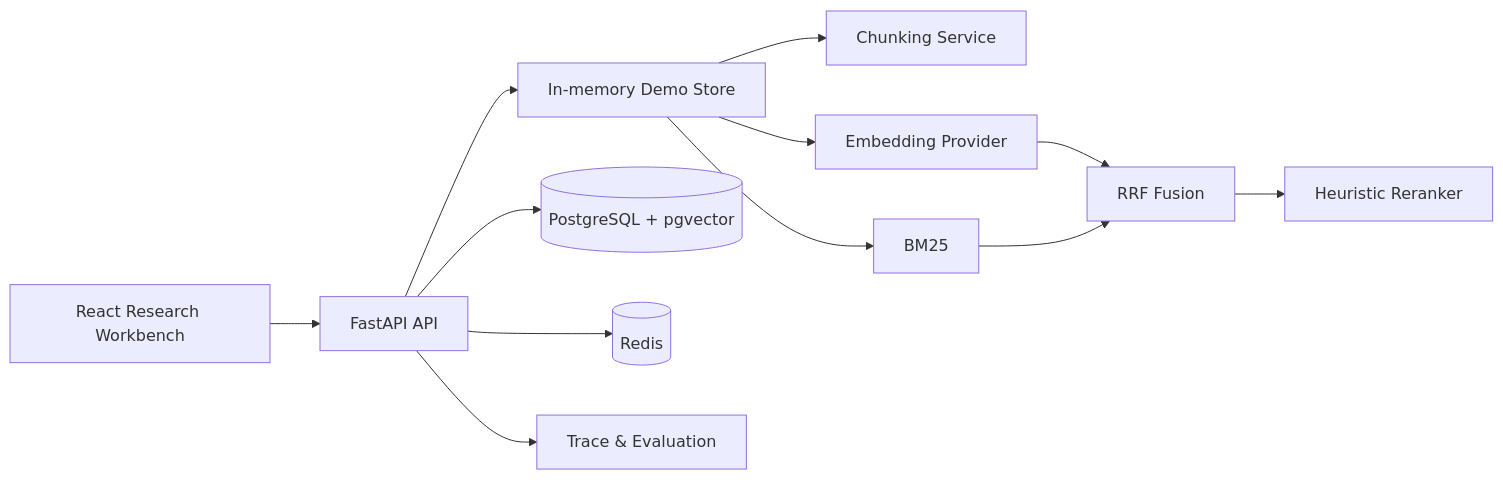
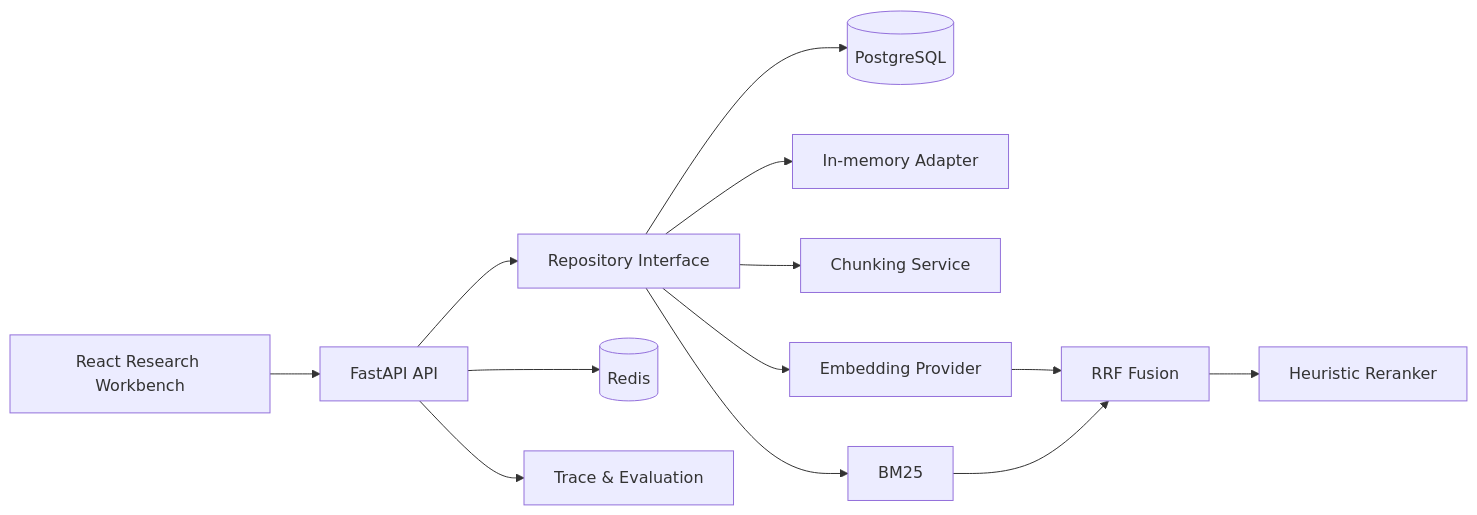
One commit to quanzhan-zzz/policy-rag-studio changed the diagram in README.md. Above: the diagram before and after it, drawn with Mermaid. The commit also changed other lines of this file and 21 other files, not shown here.

Commit message:
feat(api): 持久化文档 Chunk 与 Trace

````diff
--- a/README.md
+++ b/README.md
@@ -75,14 +76,15 @@
 ```mermaid
 flowchart LR
     UI[React Research Workbench] --> API[FastAPI API]
-    API --> MEM[In-memory Demo Store]
-    API --> PG[(PostgreSQL + pgvector)]
+    API --> REPO[Repository Interface]
+    REPO --> PG[(PostgreSQL)]
+    REPO --> MEM[In-memory Adapter]
     API --> R[(Redis)]
     API --> TRACE[Trace & Evaluation]
-    MEM --> CHUNK[Chunking Service]
-    MEM --> DENSE[Embedding Provider]
-    MEM --> BM25[BM25]
+    REPO --> CHUNK[Chunking Service]
+    REPO --> DENSE[Embedding Provider]
+    REPO --> BM25[BM25]
     DENSE --> RRF[RRF Fusion]
     BM25 --> RRF
     RRF --> RERANK[Heuristic Reranker]
 ```
````
